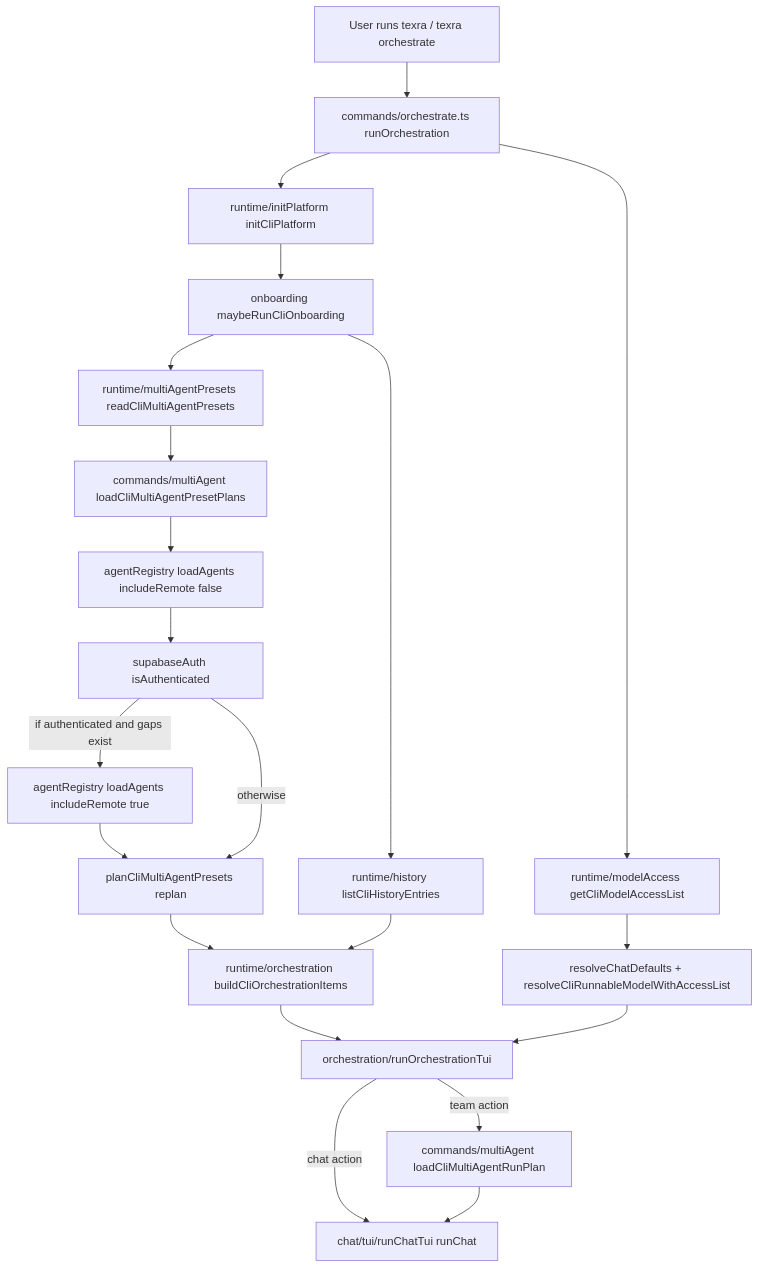
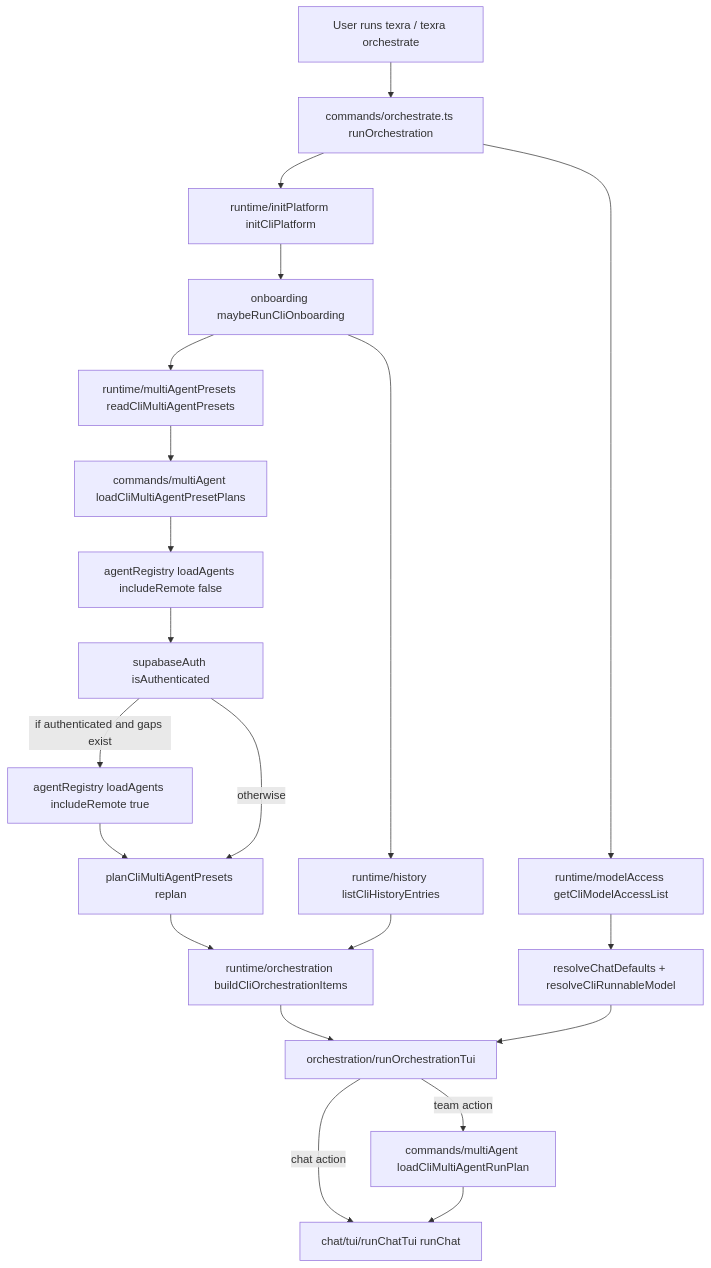
The first of 5 diagrams in docs/architecture/cli-runtime-round-trips.md (LionSR/TeXRA), drawn with Mermaid before and after one commit. The commit also changed 3 other files, not shown here.

Commit message:
refactor: flatten CLI model resolver

````diff
--- a/docs/architecture/cli-runtime-round-trips.md
+++ b/docs/architecture/cli-runtime-round-trips.md
@@ -9,41 +9,41 @@
 ```mermaid
 flowchart TD
   user[User runs texra / texra orchestrate]
   orch[commands/orchestrate.ts runOrchestration]
   platform[runtime/initPlatform initCliPlatform]
   onboarding[onboarding maybeRunCliOnboarding]
   history[runtime/history listCliHistoryEntries]
   presets[runtime/multiAgentPresets readCliMultiAgentPresets]
   plans[commands/multiAgent loadCliMultiAgentPresetPlans]
   agentsLocal[agentRegistry loadAgents includeRemote false]
   auth[supabaseAuth isAuthenticated]
   agentsRemote[agentRegistry loadAgents includeRemote true]
   replan[planCliMultiAgentPresets replan]
   items[runtime/orchestration buildCliOrchestrationItems]
   modelList[runtime/modelAccess getCliModelAccessList]
-  defaultModel[resolveChatDefaults + resolveCliRunnableModelWithAccessList]
+  defaultModel[resolveChatDefaults + resolveCliRunnableModel]
   picker[orchestration/runOrchestrationTui]
   chat[chat/tui/runChatTui runChat]
   presetRun[commands/multiAgent loadCliMultiAgentRunPlan]
 
   user --> orch
   orch --> platform
   platform --> onboarding
   onboarding --> history
   onboarding --> presets
   presets --> plans
   plans --> agentsLocal
   agentsLocal --> auth
   auth -->|if authenticated and gaps exist| agentsRemote
   agentsRemote --> replan
   auth -->|otherwise| replan
   replan --> items
   history --> items
   orch --> modelList
   modelList --> defaultModel
   items --> picker
   defaultModel --> picker
   picker -->|chat action| chat
   picker -->|team action| presetRun
   presetRun --> chat
 ```
````
